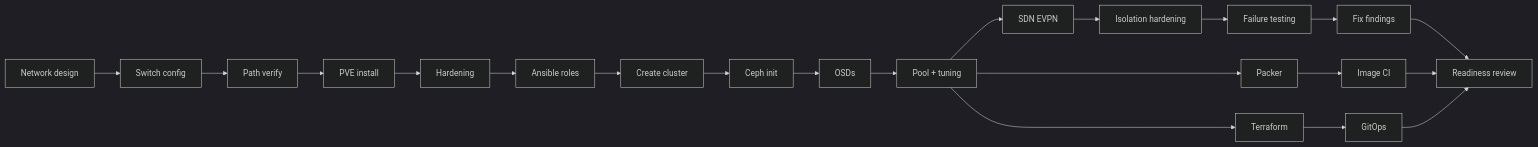
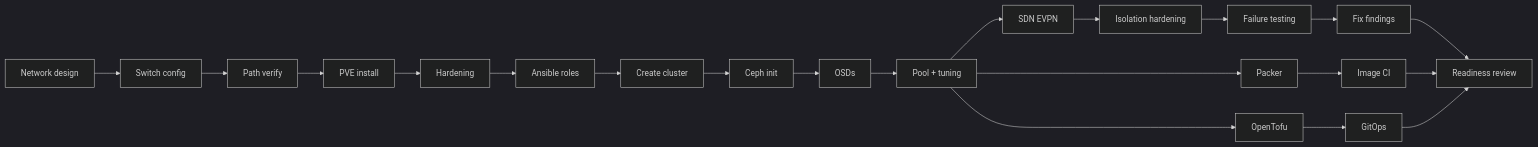
The diagram in docs/10-phase3-4-build-order.md (sroktech/proxmox-ceph-vps-blueprint), drawn with Mermaid (dark theme) before and after one commit. The commit also changed other lines of this file and 37 other files, not shown here.

Commit message:
using OpenTofu

````diff
--- a/docs/10-phase3-4-build-order.md
+++ b/docs/10-phase3-4-build-order.md
@@ -130,11 +130,11 @@
 ```mermaid
 %%{init: {"flowchart": {"htmlLabels": true, "wrappingWidth": 400, "subGraphTitleMargin": {"top": 6, "bottom": 14}}}}%%
 flowchart LR
     T1["Network design"] --> T2["Switch config"] --> T4["Path verify"]
     T4 --> T5["PVE install"] --> T7["Hardening"] --> T9["Ansible roles"]
     T9 --> T11["Create cluster"] --> T13["Ceph init"] --> T14["OSDs"] --> T15["Pool + tuning"]
     T15 --> T17["SDN EVPN"] --> T18["Isolation hardening"]
     T18 --> T21["Failure testing"] --> T22["Fix findings"] --> T35["Readiness review"]
     T15 --> T23["Packer"] --> T26["Image CI"] --> T35
-    T15 --> T29["Terraform"] --> T32["GitOps"] --> T35
+    T15 --> T29["OpenTofu"] --> T32["GitOps"] --> T35
 ```
````
